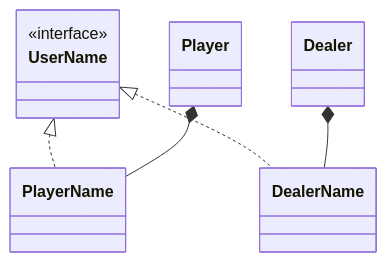
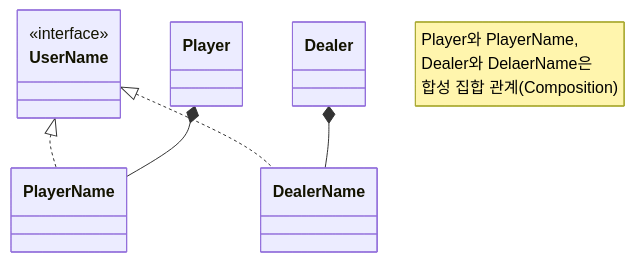
One commit to woowacourse/java-blackjack changed the third of 3 diagrams in README.md. Above: the diagram before and after it, drawn with Mermaid. The commit also changed other lines of this file, not shown here.

Commit message:
docs: 클래스 다이어그램 내부에 설명 문구 추가

````diff
--- a/README.md
+++ b/README.md
@@ -38,8 +41,11 @@
 ```mermaid
 classDiagram
+    note "Player와 PlayerName,
+    Dealer와 DelaerName은
+    합성 집합 관계(Composition)"
     UserName <|.. PlayerName
     UserName <|.. DealerName
     Player *-- PlayerName
     Dealer *-- DealerName
     <<interface>> UserName
 ```
````
